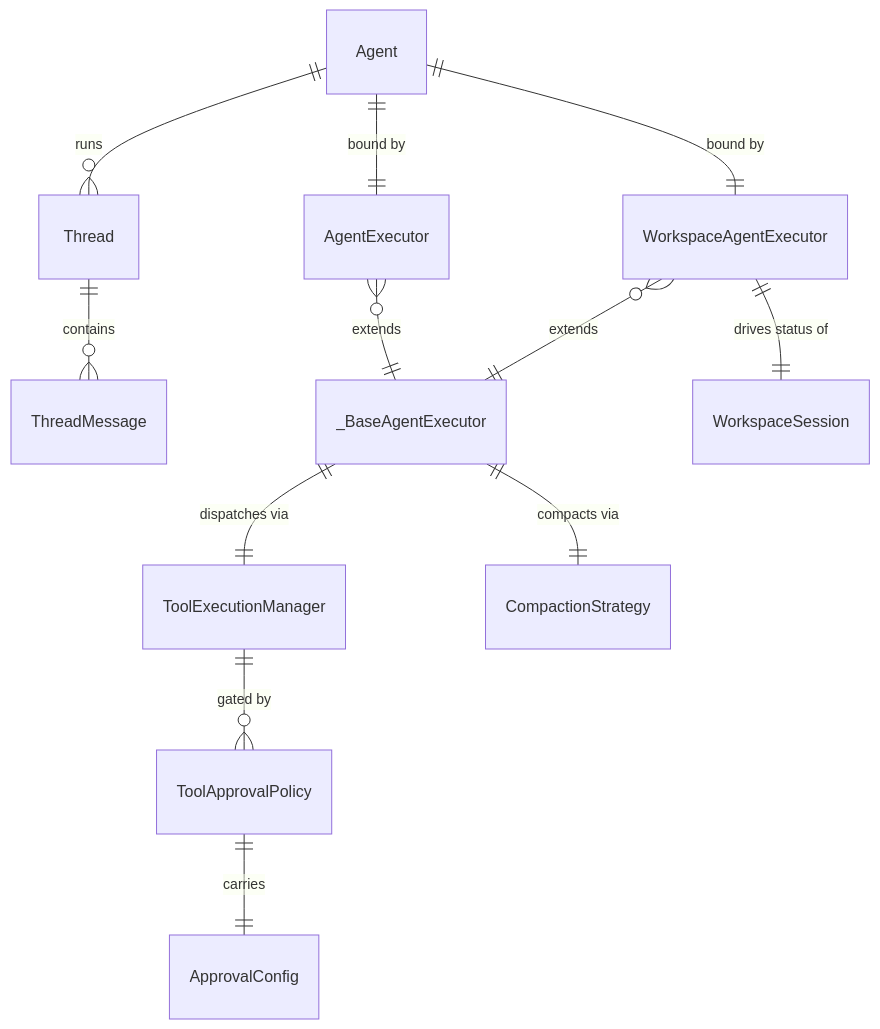
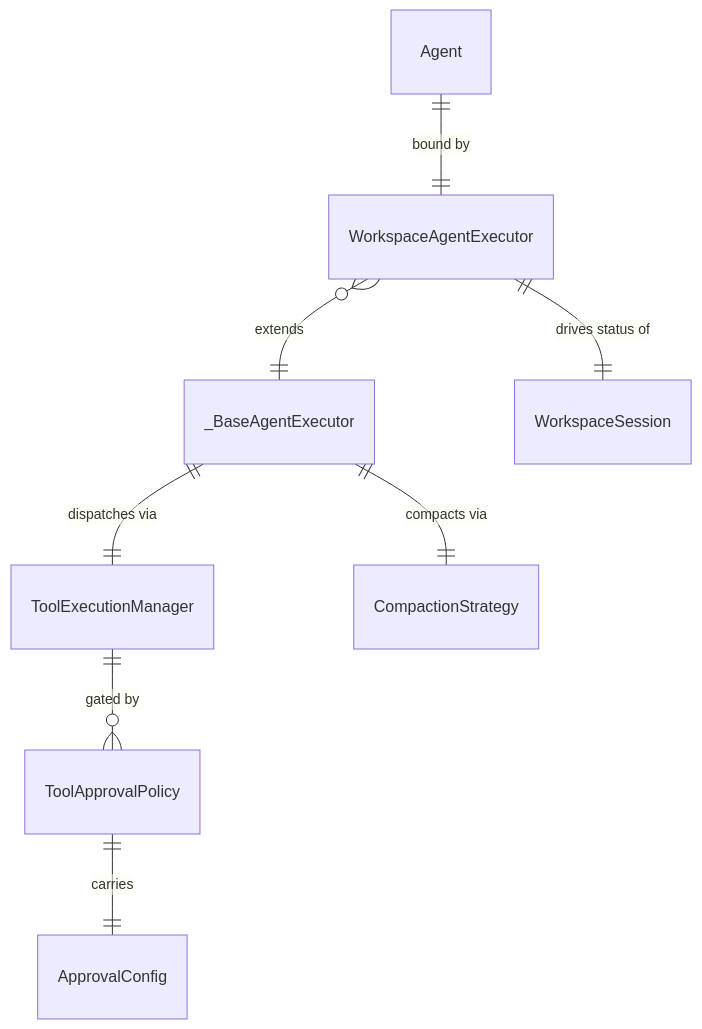
The first of 3 diagrams in docs/dev/subsystems/agents.md (primerhq/primer), drawn with Mermaid before and after one commit. The commit also changed other lines of this file, not shown here.

Commit message:
docs(dev): remove the Thread and AgentExecutor drift from the agents doc

````diff
--- a/docs/dev/subsystems/agents.md
+++ b/docs/dev/subsystems/agents.md
@@ -23,14 +23,10 @@
 ```mermaid
 erDiagram
-    Agent ||--o{ Thread : "runs"
-    Thread ||--o{ ThreadMessage : "contains"
-    Agent ||--|| AgentExecutor : "bound by"
     Agent ||--|| WorkspaceAgentExecutor : "bound by"
-    AgentExecutor }o--|| _BaseAgentExecutor : "extends"
     WorkspaceAgentExecutor }o--|| _BaseAgentExecutor : "extends"
     _BaseAgentExecutor ||--|| ToolExecutionManager : "dispatches via"
     _BaseAgentExecutor ||--|| CompactionStrategy : "compacts via"
     ToolExecutionManager ||--o{ ToolApprovalPolicy : "gated by"
     ToolApprovalPolicy ||--|| ApprovalConfig : "carries"
     WorkspaceAgentExecutor ||--|| WorkspaceSession : "drives status of"
 ```
````
